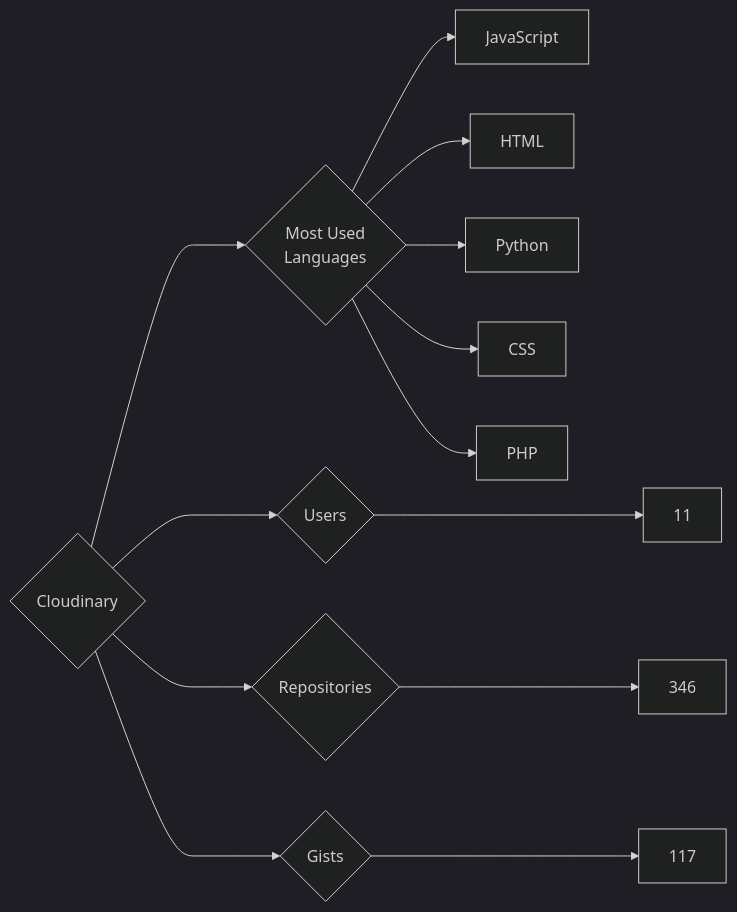
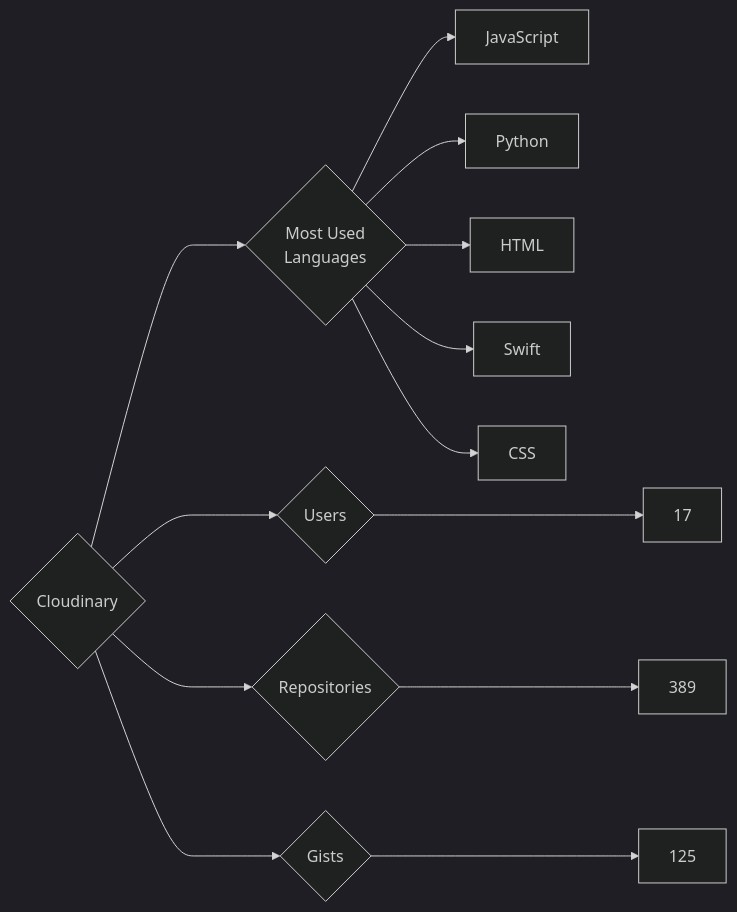
One commit to trickest/insiders changed the diagram in targets/Cloudinary/README.md. Above: the diagram before and after it, drawn with Mermaid (dark theme). The commit also changed 860 other files, not shown here.

````diff
--- a/targets/Cloudinary/README.md
+++ b/targets/Cloudinary/README.md
@@ -3,13 +3,13 @@
 ```mermaid
 graph LR
 COMPANY_NAME{Cloudinary}
-COMPANY_NAME ---> U{Users} ---> UN[11]
-COMPANY_NAME ---> R{Repositories} ---> RN[346]
-COMPANY_NAME ---> G{Gists} ---> GN[117]
+COMPANY_NAME ---> U{Users} ---> UN[17]
+COMPANY_NAME ---> R{Repositories} ---> RN[389]
+COMPANY_NAME ---> G{Gists} ---> GN[125]
 COMPANY_NAME ---> ML{Most Used<br>Languages}
 ML --> JavaScript[JavaScript]
+ML --> Python[Python]
 ML --> HTML[HTML]
-ML --> Python[Python]
+ML --> Swift[Swift]
 ML --> CSS[CSS]
-ML --> PHP[PHP]
 ```
````
